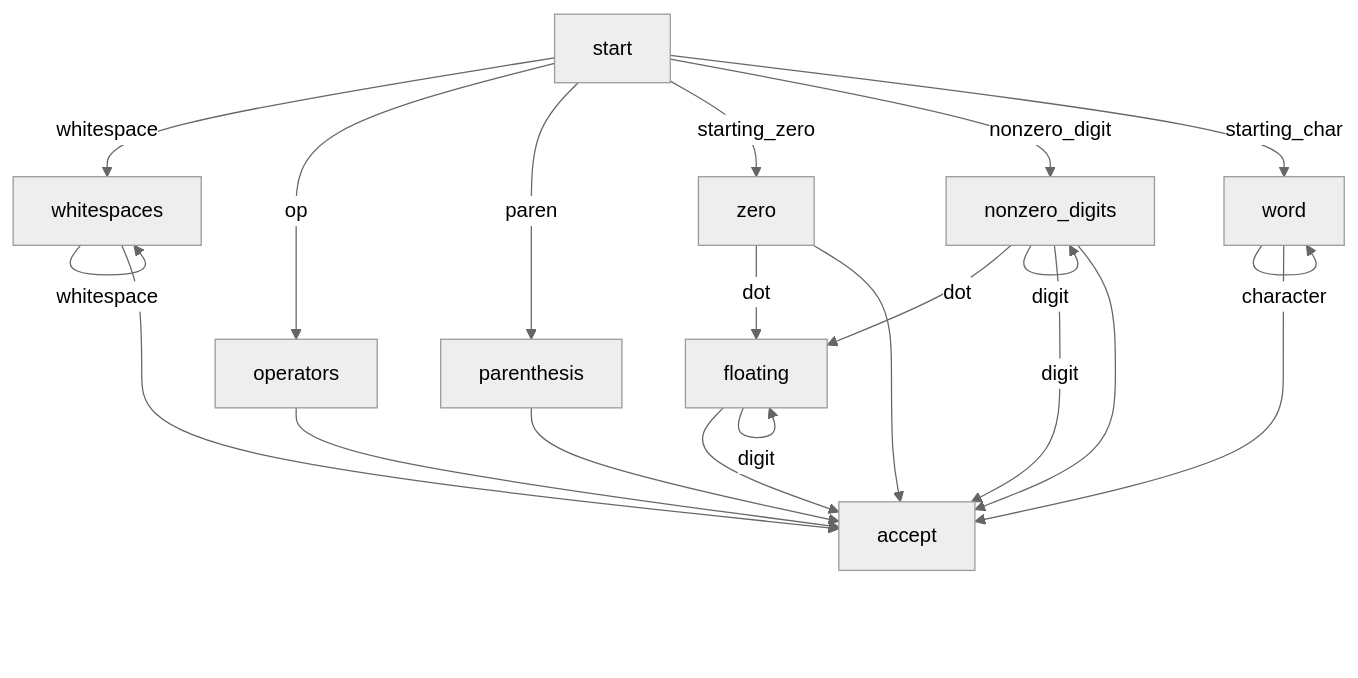
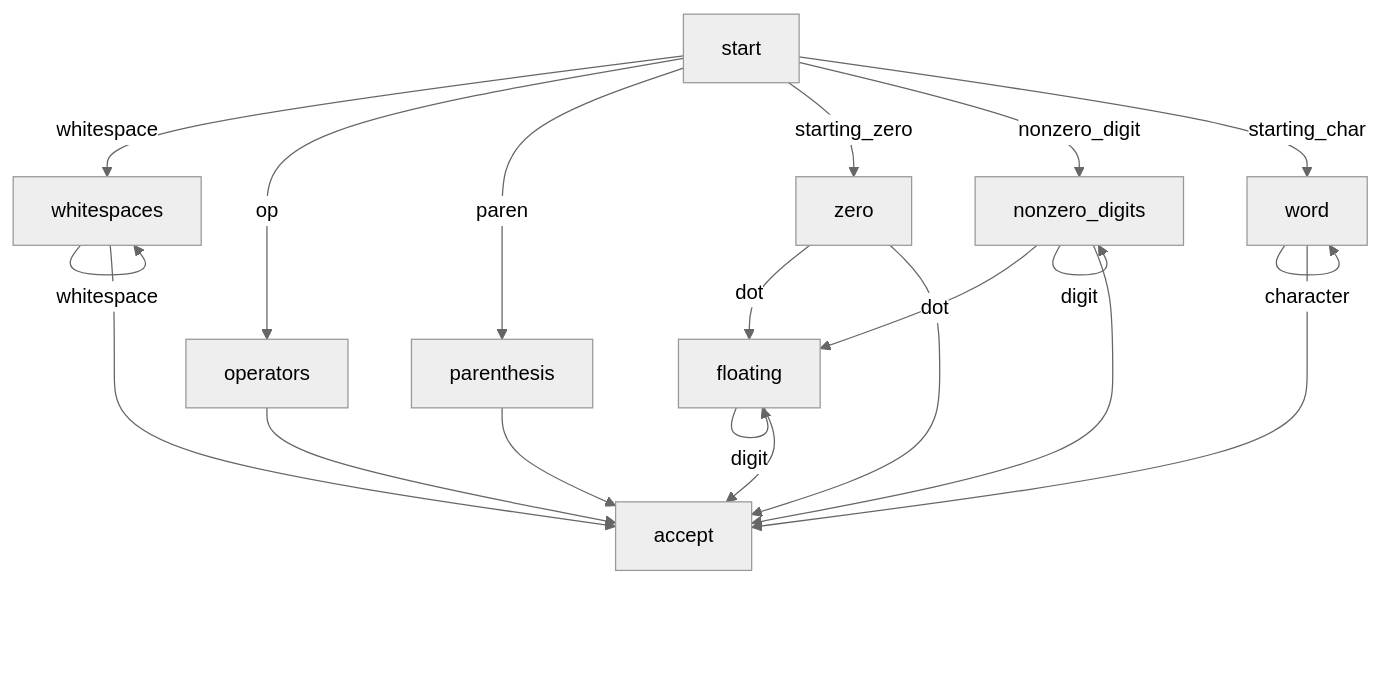
Before and after one commit to harimseong/CLI_calculator: the diagram in README.md, drawn with Mermaid (neutral theme). The commit also changed 6 other files, not shown here.

````diff
--- a/README.md
+++ b/README.md
@@ -55,23 +55,22 @@
 ```mermaid
 graph TD;
     start -- whitespace --> whitespaces
     start -- op --> operators
     start -- paren --> parenthesis
     start -- starting_zero --> zero
     start -- nonzero_digit --> nonzero_digits
     start -- starting_char --> word
     whitespaces -- whitespace --> whitespaces
     zero -- dot --> floating
     nonzero_digits -- dot --> floating
     nonzero_digits -- digit --> nonzero_digits
-    nonzero_digits -- digit --> accept
     floating -- digit --> floating
     word -- character --> word
     whitespaces --> accept
     operators --> accept
     parenthesis --> accept
     zero --> accept
     nonzero_digits --> accept
     floating --> accept
     word --> accept
 ```
````
